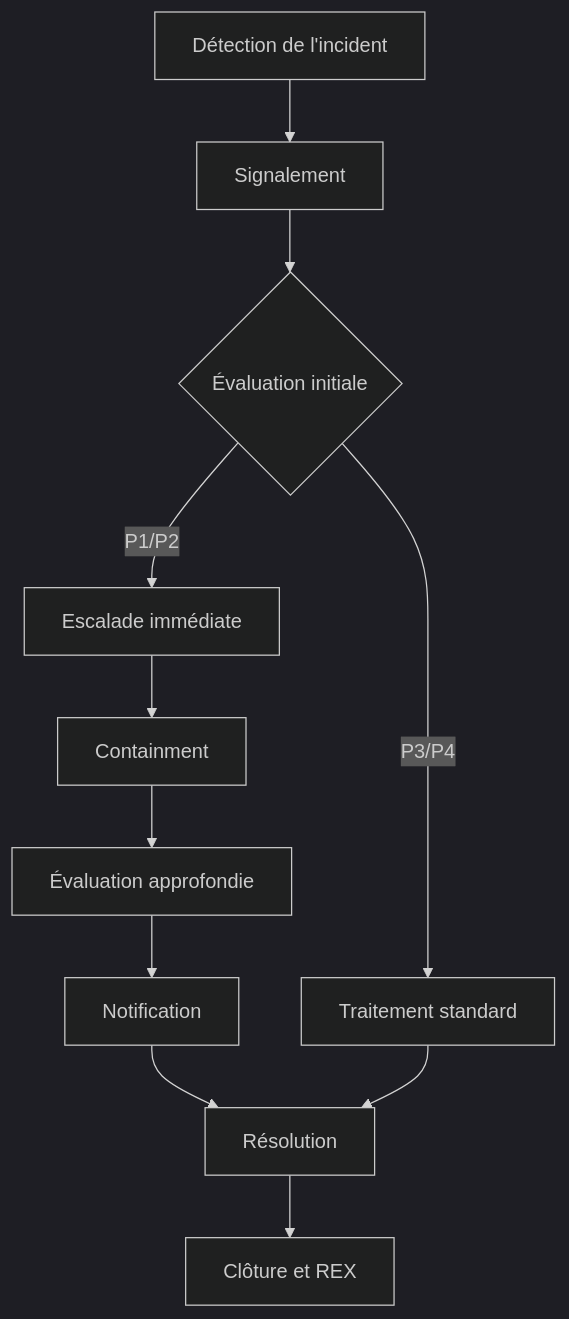
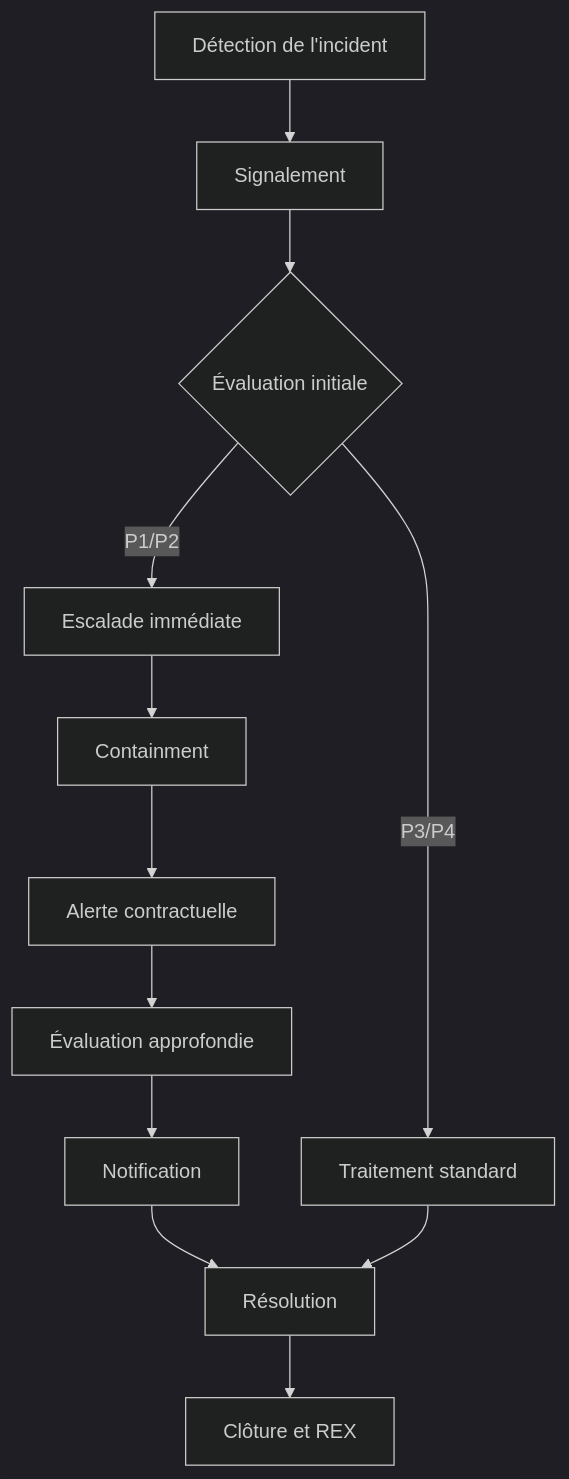
One commit to solenefig-lab/grc-pme-fictive changed the diagram in ressources/plan_reponse_incidents.md. Above: the diagram before and after it, drawn with Mermaid (dark theme). The commit also changed other lines of this file and 2 other files, not shown here.

Commit message:
(docs) ressources- PRI V2.0 : modèle générique, notification RGPD/NIS2 refondue)

````diff
--- a/ressources/plan_reponse_incidents.md
+++ b/ressources/plan_reponse_incidents.md
@@ -141,13 +166,14 @@
 ```mermaid
 graph TD
     A[Détection de l'incident] --> B[Signalement]
     B --> C{Évaluation initiale}
     C -->|P1/P2| D[Escalade immédiate]
     C -->|P3/P4| E[Traitement standard]
     D --> F[Containment]
-    F --> G[Évaluation approfondie]
-    G --> H[Notification]
-    H --> I[Résolution]
-    I --> J[Clôture et REX]
-    E --> I
+    F --> G[Alerte contractuelle]
+    G --> H[Évaluation approfondie]
+    H --> I[Notification]
+    I --> J[Résolution]
+    J --> K[Clôture et REX]
+    E --> J
 ```
````
